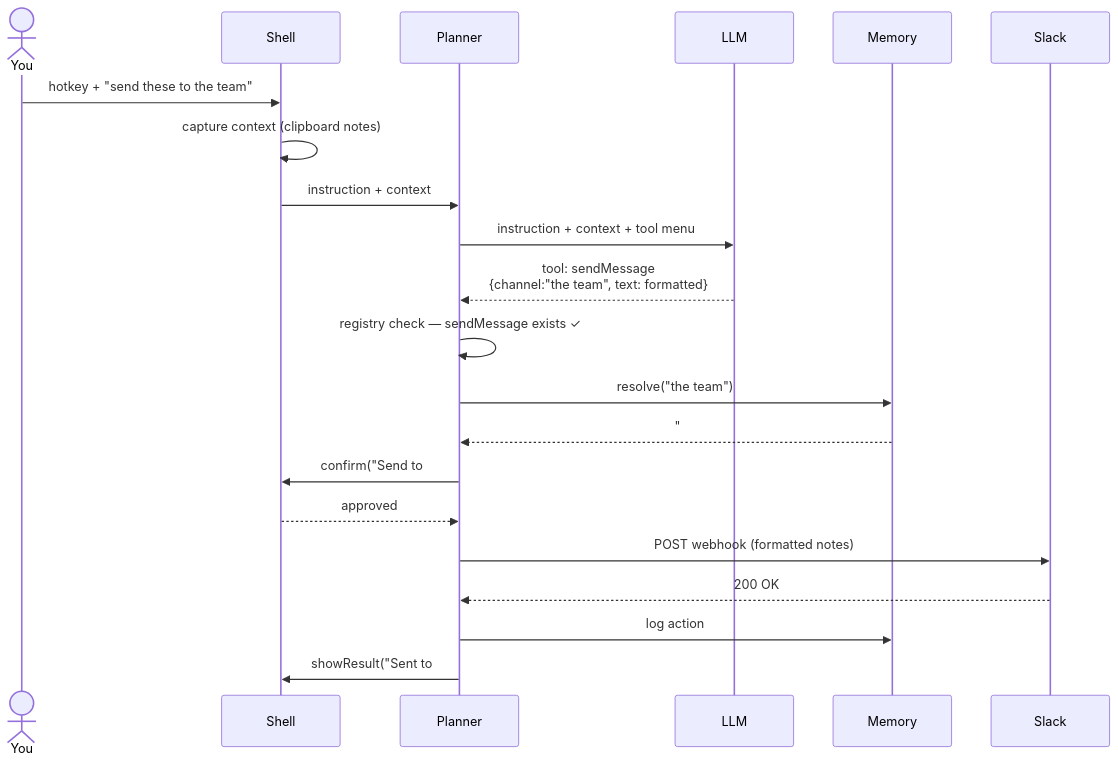
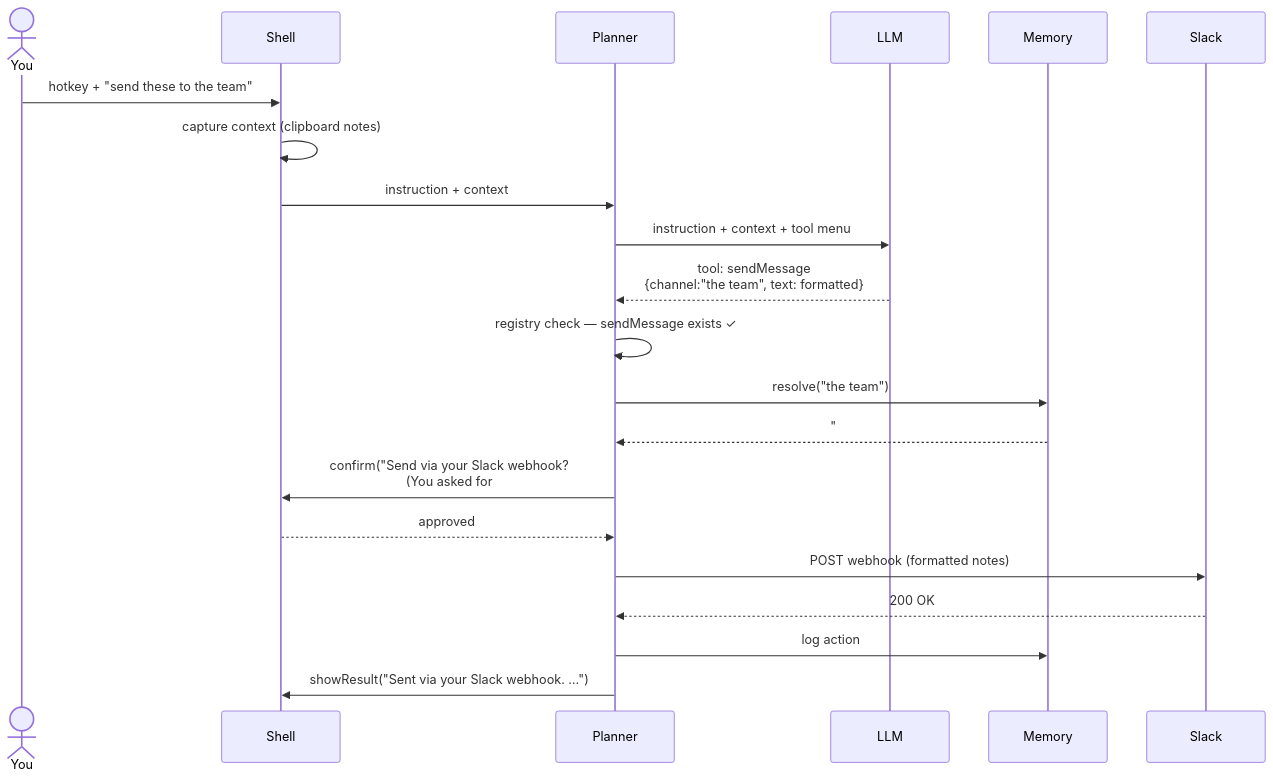
Before and after one commit to Sejall-089/voice-agent: the third of 11 diagrams in ARCHITECTURE.md, drawn with Mermaid. The commit also changed 13 other files, not shown here.

First line of the commit message:
sendMessage: stop presenting the asked channel as the destination

````diff
--- a/ARCHITECTURE.md
+++ b/ARCHITECTURE.md
@@ -226,24 +226,24 @@
 ```mermaid
 sequenceDiagram
     actor You
     participant Shell
     participant Planner
     participant LLM
     participant Memory
     participant Slack
 
     You->>Shell: hotkey + "send these to the team"
     Shell->>Shell: capture context (clipboard notes)
     Shell->>Planner: instruction + context
     Planner->>LLM: instruction + context + tool menu
     LLM-->>Planner: tool: sendMessage<br/>{channel:"the team", text: formatted}
     Planner->>Planner: registry check — sendMessage exists ✓
     Planner->>Memory: resolve("the team")
     Memory-->>Planner: "#design-team" (confidence 0.9)
-    Planner->>Shell: confirm("Send to #design-team?")
+    Planner->>Shell: confirm("Send via your Slack webhook?<br/>(You asked for #design-team. …)")
     Shell-->>Planner: approved
     Planner->>Slack: POST webhook (formatted notes)
     Slack-->>Planner: 200 OK
     Planner->>Memory: log action
-    Planner->>Shell: showResult("Sent to #design-team")
+    Planner->>Shell: showResult("Sent via your Slack webhook. …")
 ```
````
